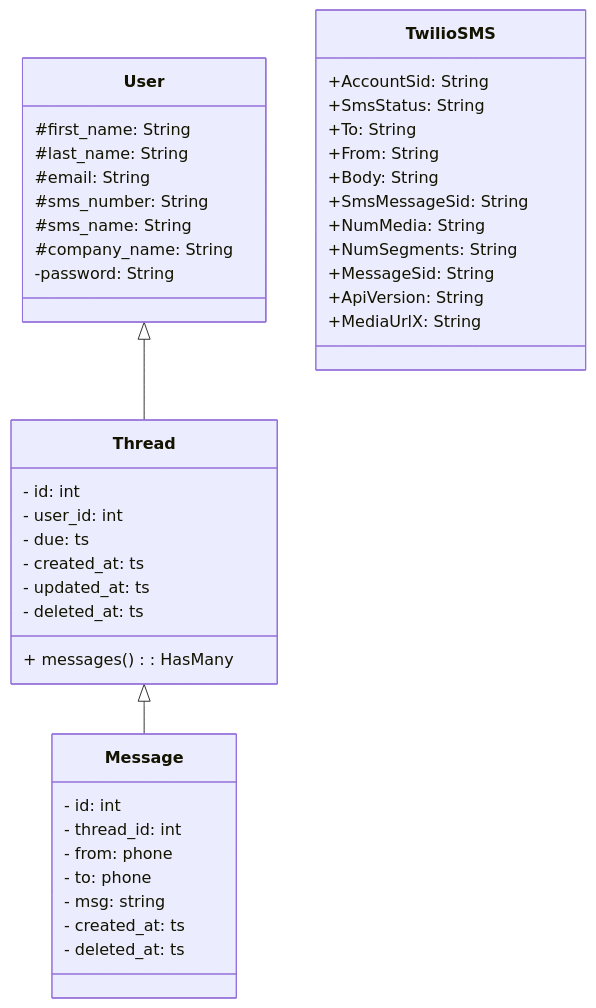
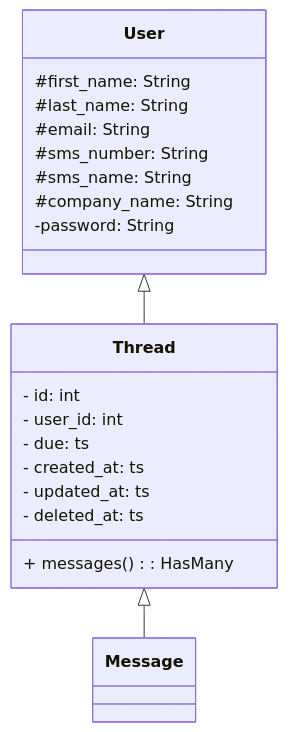
Before and after one commit to cshanejennings/scratch: the second of 2 diagrams in README.md, drawn with Mermaid.

````diff
--- a/README.md
+++ b/README.md
@@ -18,50 +18,26 @@
 ```mermaid
 classDiagram
 User <|-- Thread
 Thread<|-- Message
 
 class User{
   #first_name: String
   #last_name: String
   #email: String
   #sms_number: String
   #sms_name: String
   #company_name: String
   -password: String
 }
 
 class Thread{
   - id: int
   - user_id: int
   - due: ts
   - created_at: ts
   - updated_at: ts
   - deleted_at: ts
   + messages(): HasMany
 }
 
-class Message{
-- id: int
-- thread_id: int
-- from: phone
-- to: phone
-- msg: string
-- created_at: ts
-- deleted_at: ts
-}
-
-class TwilioSMS{
-+AccountSid: String
-+SmsStatus: String
-+To: String
-+From: String
-+Body: String
-+SmsMessageSid: String
-+NumMedia: String
-+NumSegments: String
-+MessageSid: String
-+ApiVersion: String
-+MediaUrlX: String
-}
-
 ```
````
